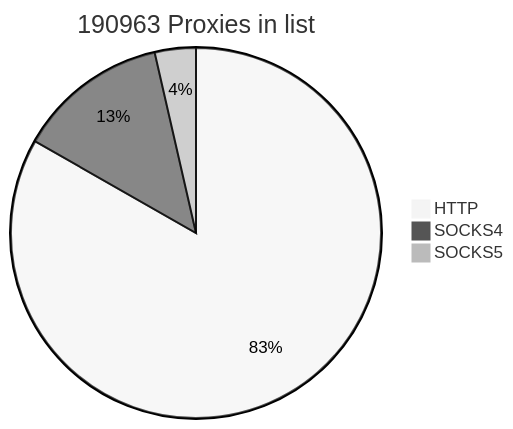
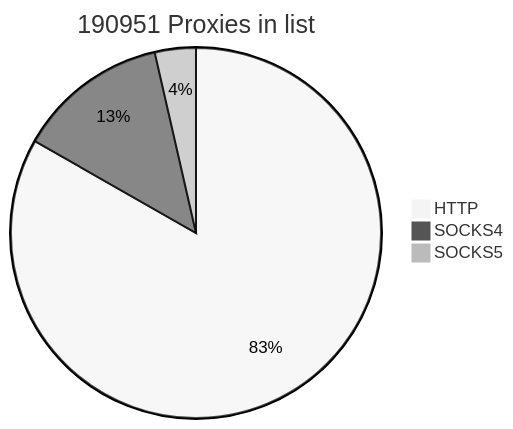
Before and after one commit to cutipu/proxylist: the first of 2 diagrams in README.md, drawn with Mermaid (neutral theme). The commit also changed other lines of this file, not shown here.

````diff
--- a/README.md
+++ b/README.md
@@ -2,7 +2,7 @@
 ```mermaid
-pie title 190963 Proxies in list
-    "HTTP" : 158966
+pie title 190951 Proxies in list
+    "HTTP" : 158963
     "SOCKS4" : 25154
-    "SOCKS5" : 6843
+    "SOCKS5" : 6834
             
 ```
````
